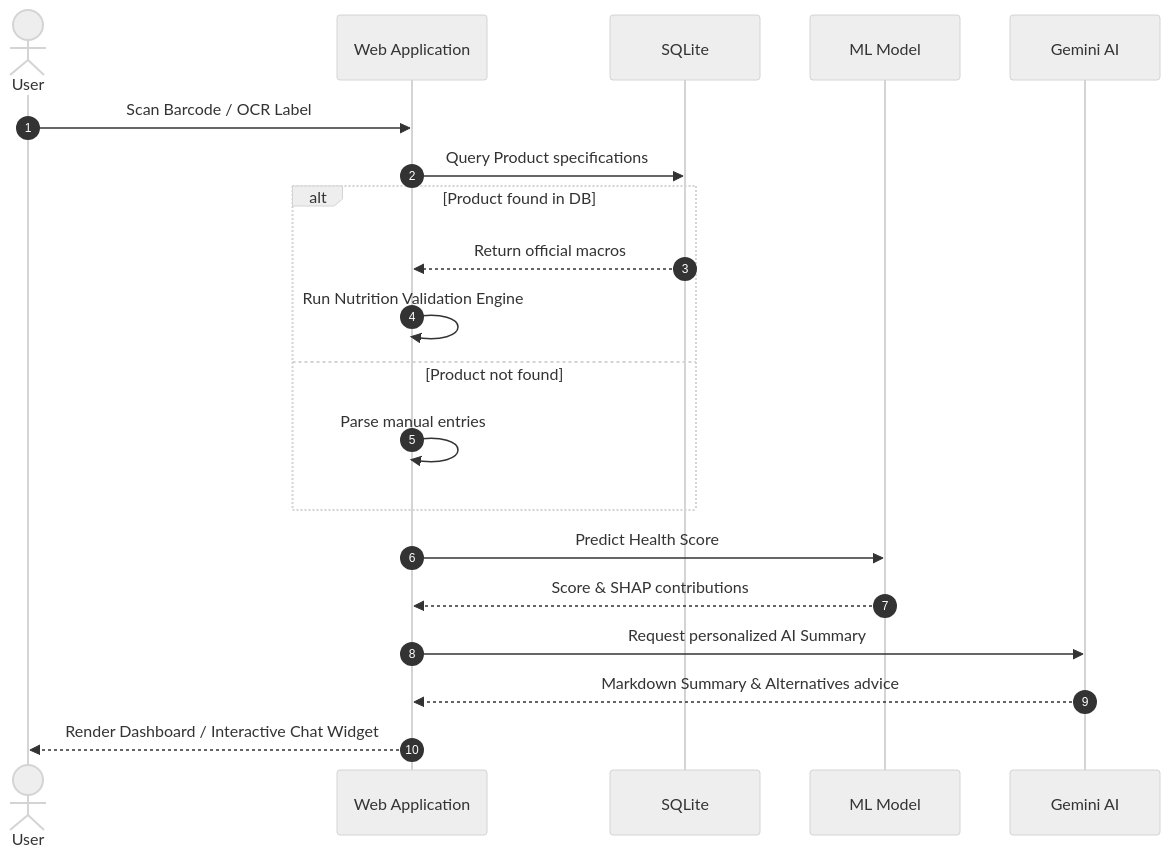
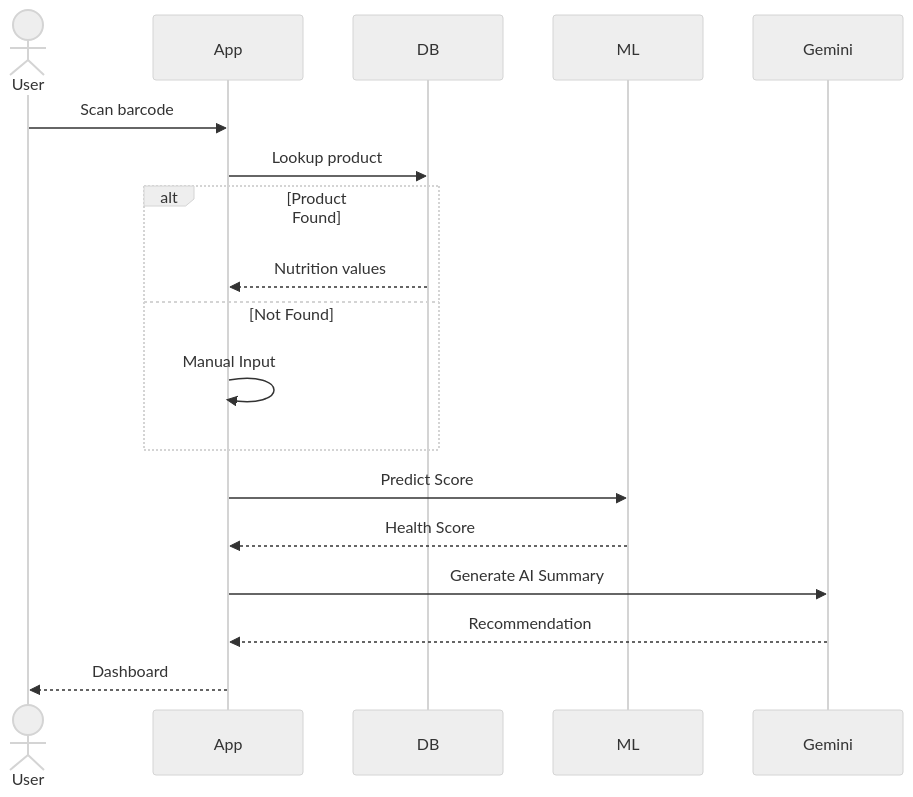
The third of 3 diagrams in README.md (shubhamkolekar2006/Food-composition-and-validation-system), drawn with Mermaid (neutral theme) before and after one commit. The commit also changed other lines of this file, not shown here.

````diff
--- a/README.md
+++ b/README.md
@@ -90,23 +98,26 @@
-```mermaid
+``` mermaid
 sequenceDiagram
-    autonumber
-    actor User
-    participant App as Web Application
-    participant DB as SQLite
-    participant ML as ML Model
-    participant Gemini as Gemini AI
-    
-    User->>App: Scan Barcode / OCR Label
-    App->>DB: Query Product specifications
-    alt Product found in DB
-        DB-->>App: Return official macros
-        App->>App: Run Nutrition Validation Engine
-    else Product not found
-        App->>App: Parse manual entries
-    end
-    App->>ML: Predict Health Score
-    ML-->>App: Score & SHAP contributions
-    App->>Gemini: Request personalized AI Summary
-    Gemini-->>App: Markdown Summary & Alternatives advice
-    App-->>User: Render Dashboard / Interactive Chat Widget
+
+actor User
+participant App
+participant DB
+participant ML
+participant Gemini
+
+User->>App: Scan barcode
+App->>DB: Lookup product
+
+alt Product Found
+    DB-->>App: Nutrition values
+else Not Found
+    App->>App: Manual Input
+end
+
+App->>ML: Predict Score
+ML-->>App: Health Score
+
+App->>Gemini: Generate AI Summary
+Gemini-->>App: Recommendation
+
+App-->>User: Dashboard
 ```
````
